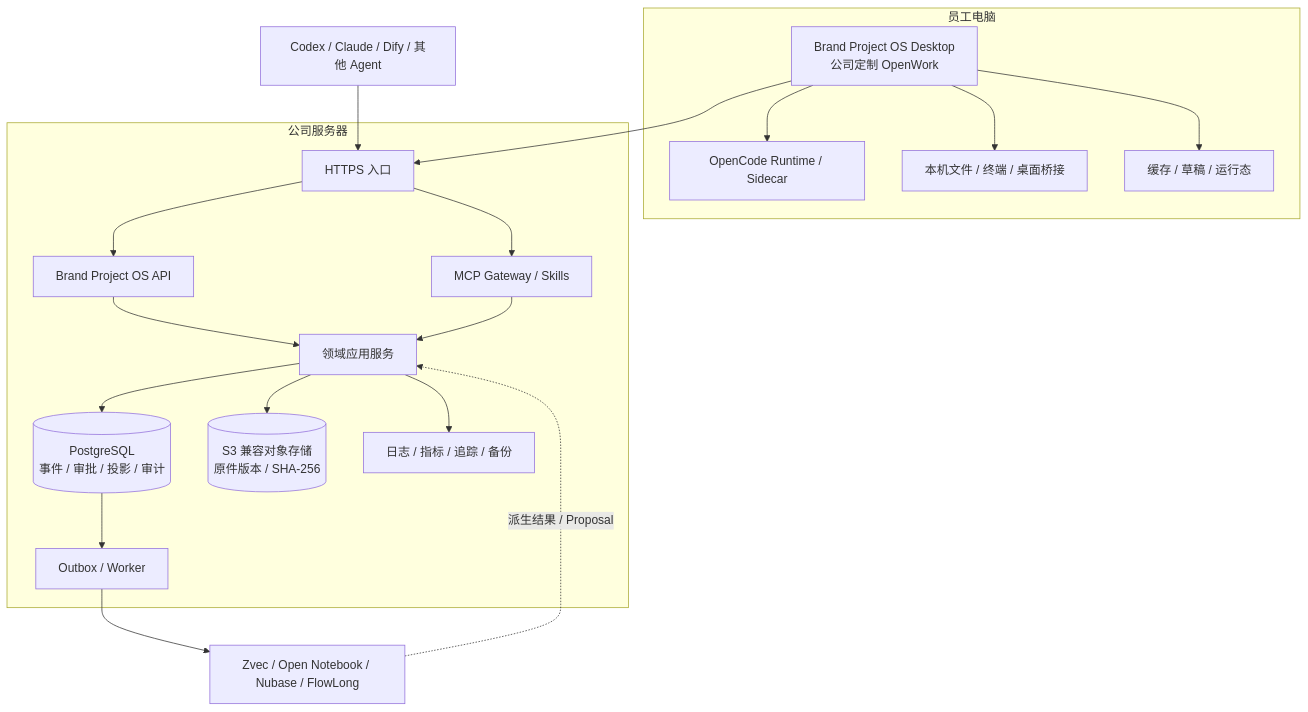
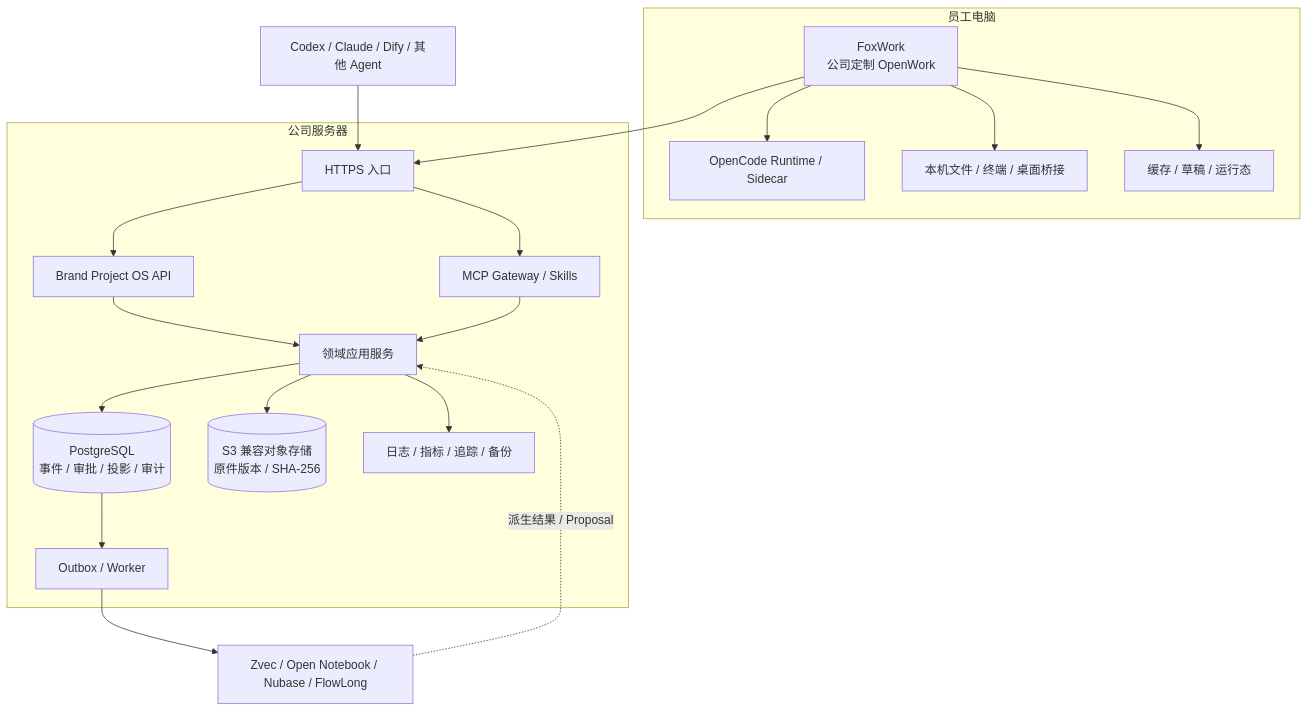
One commit to xingranya/fox changed the diagram in docs/analysis/deployment-topology-evaluation.md. Above: the diagram before and after it, drawn with Mermaid. The commit also changed other lines of this file and 10 other files, not shown here.

First line of the commit message:
docs(product): 固定 FoxWork 中文发行边界

````diff
--- a/docs/analysis/deployment-topology-evaluation.md
+++ b/docs/analysis/deployment-topology-evaluation.md
@@ -33,35 +33,35 @@
 ```mermaid
 flowchart TB
     subgraph DEVICE["员工电脑"]
-        DESKTOP["Brand Project OS Desktop\n公司定制 OpenWork"]
+        DESKTOP["FoxWork\n公司定制 OpenWork"]
         RUNTIME["OpenCode Runtime / Sidecar"]
         BRIDGE["本机文件 / 终端 / 桌面桥接"]
         CACHE["缓存 / 草稿 / 运行态"]
         DESKTOP --> RUNTIME
         DESKTOP --> BRIDGE
         DESKTOP --> CACHE
     end
 
     subgraph COMPANY["公司服务器"]
         EDGE["HTTPS 入口"]
         API["Brand Project OS API"]
         MCP["MCP Gateway / Skills"]
         APP["领域应用服务"]
         PG[("PostgreSQL\n事件 / 审批 / 投影 / 审计")]
         OBJ[("S3 兼容对象存储\n原件版本 / SHA-256")]
         JOB["Outbox / Worker"]
         OBS["日志 / 指标 / 追踪 / 备份"]
 
         EDGE --> API --> APP
         EDGE --> MCP --> APP
         APP --> PG
         APP --> OBJ
         PG --> JOB
         APP --> OBS
     end
 
     DESKTOP --> EDGE
     AGENT["Codex / Claude / Dify / 其他 Agent"] --> EDGE
     JOB --> ADAPTERS["Zvec / Open Notebook / Nubase / FlowLong"]
     ADAPTERS -. "派生结果 / Proposal" .-> APP
 ```
````
